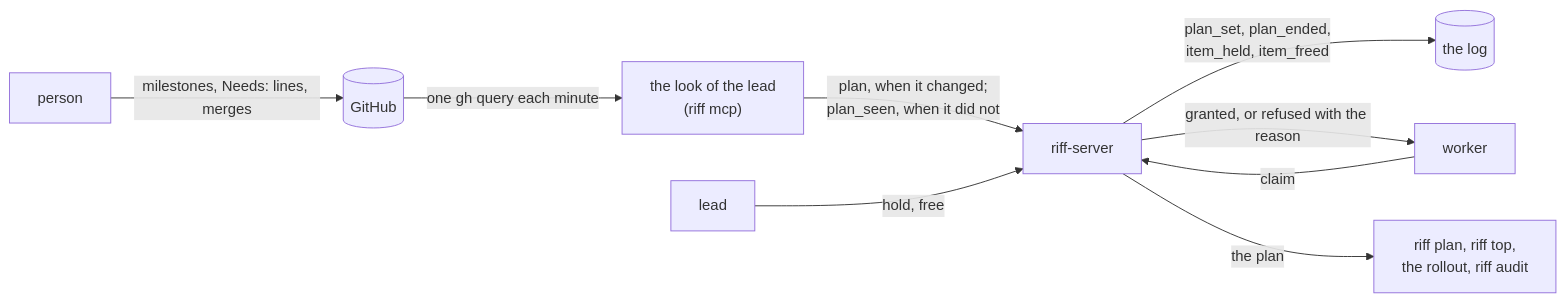
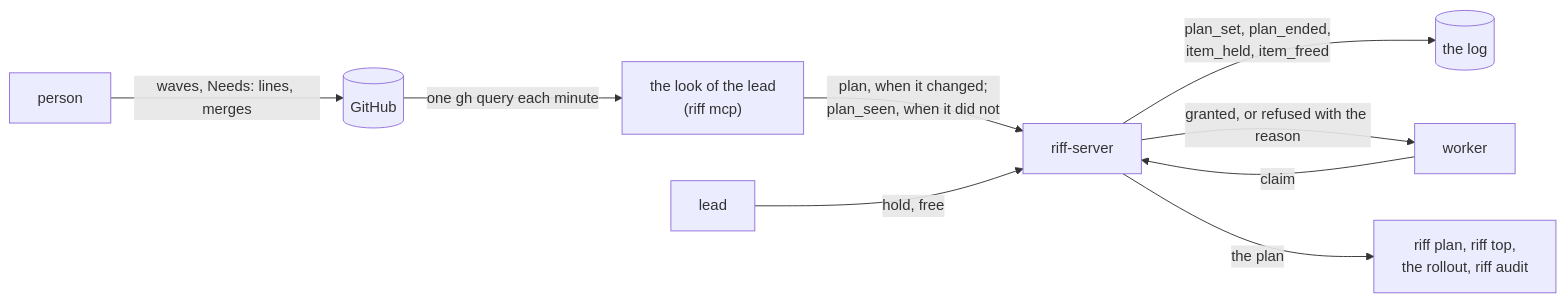
The first of 3 diagrams in docs/src/design-plan.md (como-technologies/riff), drawn with Mermaid before and after one commit. The commit also changed other lines of this file and 1 other file, not shown here.

Commit message:
The design of the plan names milestones only in its part on GitHub

````diff
--- a/docs/src/design-plan.md
+++ b/docs/src/design-plan.md
@@ -41,11 +41,11 @@
 ```mermaid
 flowchart LR
-    P[person] -->|milestones, Needs: lines, merges| G[(GitHub)]
+    P[person] -->|waves, Needs: lines, merges| G[(GitHub)]
     G -->|"one gh query each minute"| L["the look of the lead<br/>(riff mcp)"]
     L -->|"plan, when it changed;<br/>plan_seen, when it did not"| S[riff-server]
     LD[lead] -->|"hold, free"| S
     S -->|"plan_set, plan_ended,<br/>item_held, item_freed"| LOG[(the log)]
     W[worker] -->|claim| S
     S -->|"granted, or refused with the reason"| W
     S -->|the plan| V["riff plan, riff top,<br/>the rollout, riff audit"]
 ```
````
